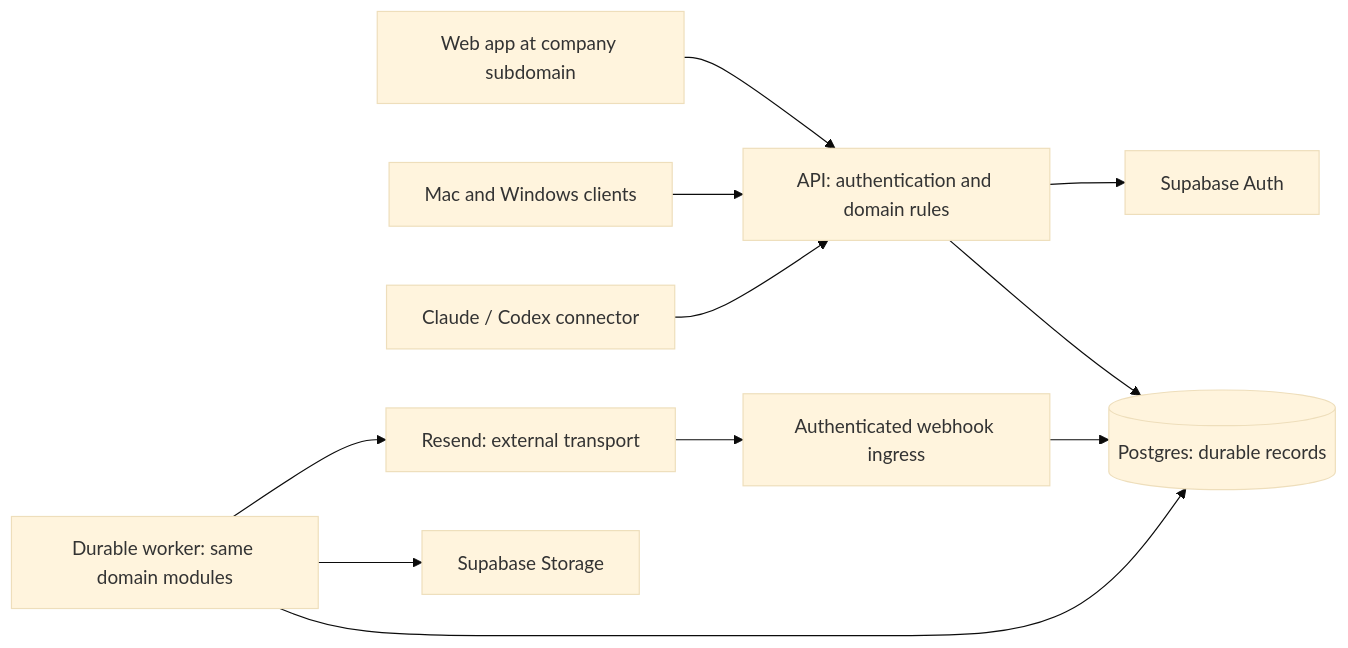
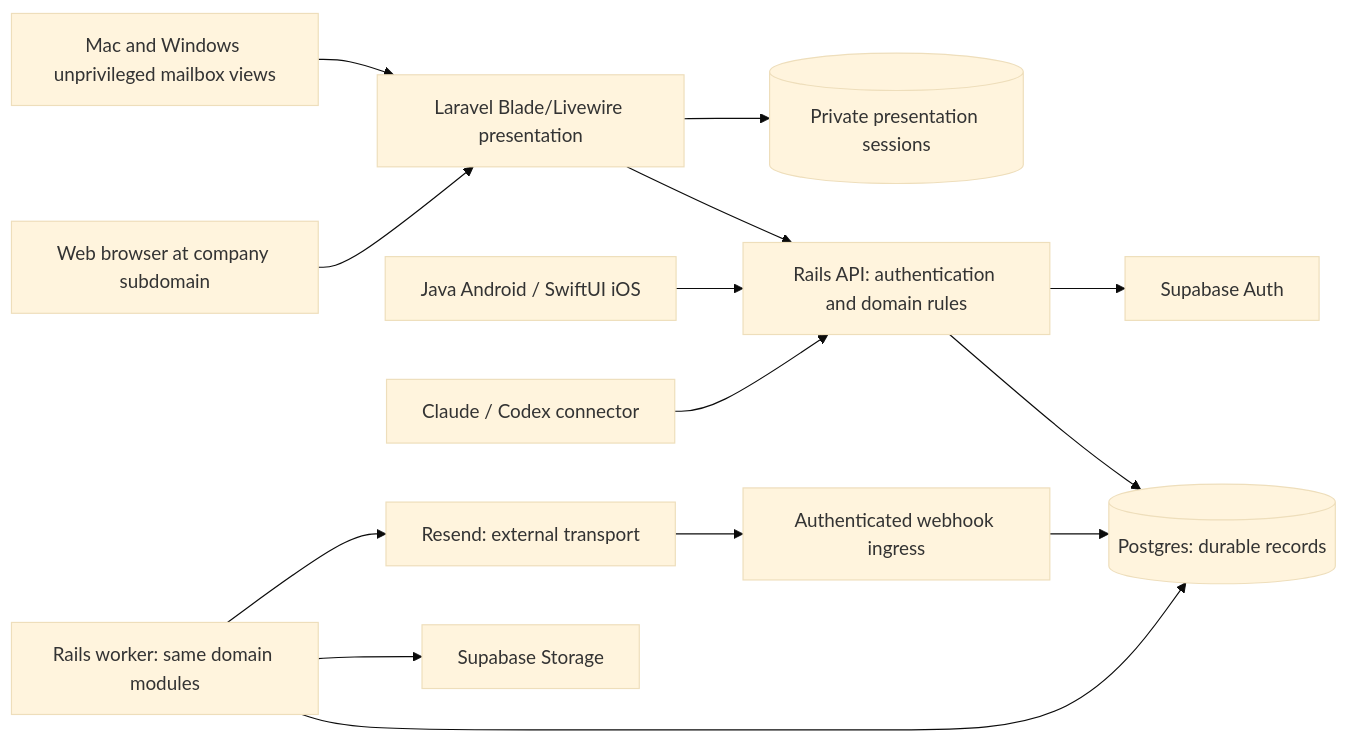
The first of 2 diagrams in docs/backend-database-tutorial.md (tanzeel-roseyco/elevateo-mail), drawn with Mermaid (base theme) before and after one commit. The commit also changed other lines of this file and 37 other files, not shown here.

Commit message:
docs: select Rails and Laravel architecture with reuse and platform test plans

````diff
--- a/docs/backend-database-tutorial.md
+++ b/docs/backend-database-tutorial.md
@@ -19,13 +19,16 @@
 ```mermaid
 flowchart LR
-    Web[Web app at company subdomain] --> API[API: authentication and domain rules]
-    Desktop[Mac and Windows clients] --> API
+    Web[Web browser at company subdomain] --> BFF[Laravel Blade/Livewire presentation]
+    Desktop[Mac and Windows unprivileged mailbox views] --> BFF
+    BFF --> API[Rails API: authentication and domain rules]
+    BFF --> Sessions[(Private presentation sessions)]
+    Mobile[Java Android / SwiftUI iOS] --> API
     Connector[Claude / Codex connector] --> API
     API --> DB[(Postgres: durable records)]
     API --> Auth[Supabase Auth]
-    Worker[Durable worker: same domain modules] --> DB
+    Worker[Rails worker: same domain modules] --> DB
     Worker --> Storage[Supabase Storage]
     Worker --> Transport[Resend: external transport]
     Transport --> Hook[Authenticated webhook ingress]
     Hook --> DB
 ```
````
